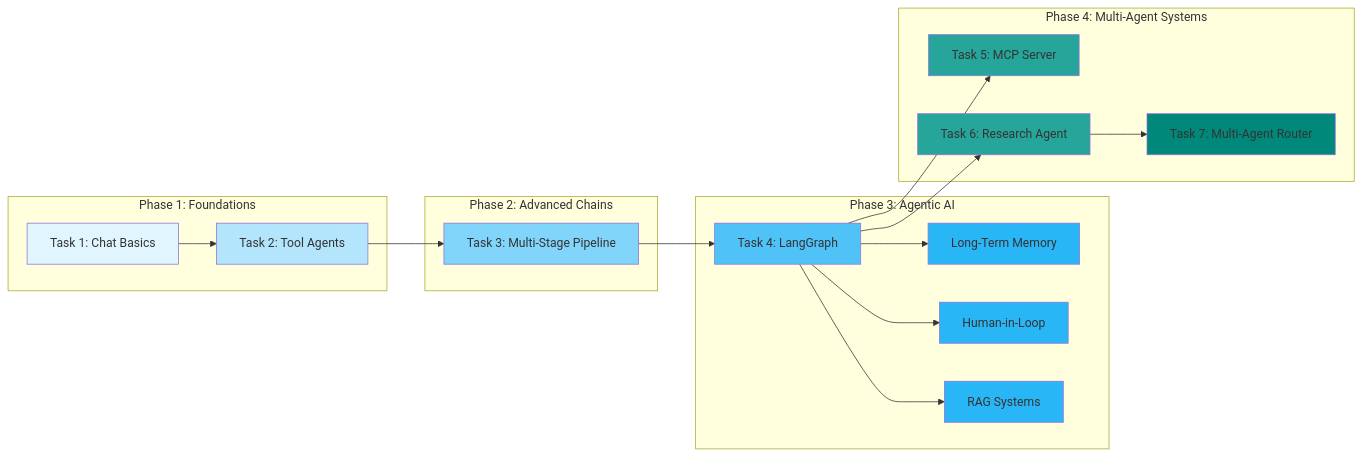
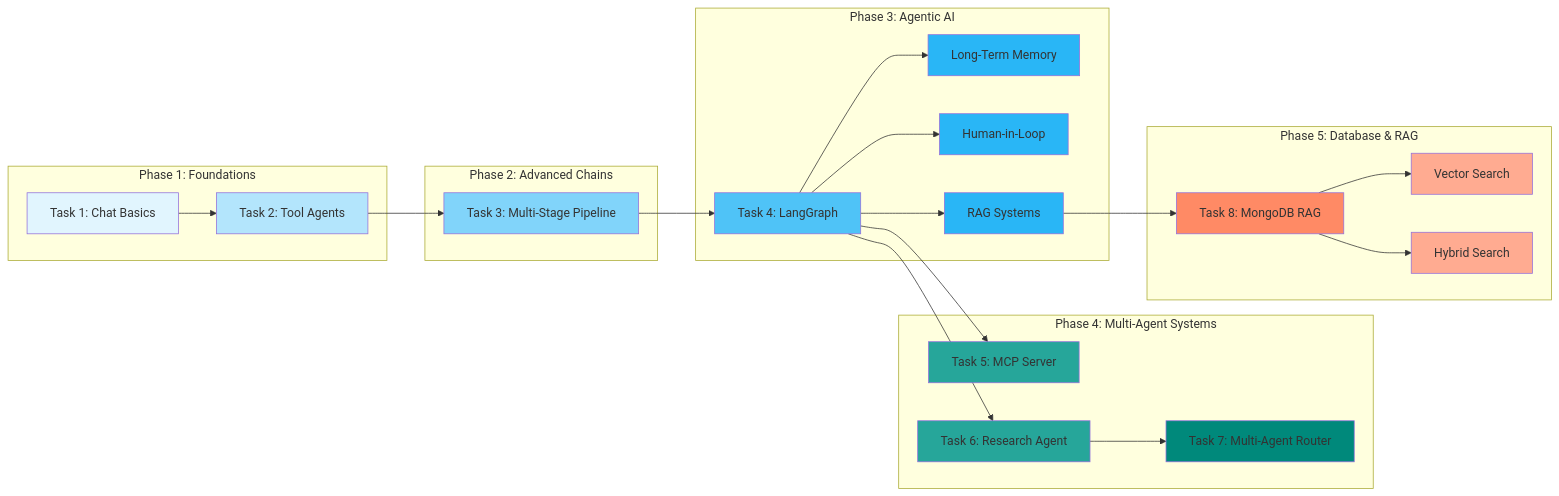
One commit to Aafimalek/learning changed the first of 53 diagrams in README.md. Above: the diagram before and after it, drawn with Mermaid. The commit also changed other lines of this file and 2 other files, not shown here.

Commit message:
added mongodb as vector db implementation

````diff
--- a/README.md
+++ b/README.md
@@ -53,34 +56,43 @@
 ```mermaid
 graph LR
     subgraph "Phase 1: Foundations"
         A[Task 1: Chat Basics] --> B[Task 2: Tool Agents]
     end
     
     subgraph "Phase 2: Advanced Chains"
         B --> C[Task 3: Multi-Stage Pipeline]
     end
     
     subgraph "Phase 3: Agentic AI"
         C --> D[Task 4: LangGraph]
         D --> E[Long-Term Memory]
         D --> F[Human-in-Loop]
         D --> G[RAG Systems]
     end
     
     subgraph "Phase 4: Multi-Agent Systems"
         D --> H[Task 5: MCP Server]
         D --> I[Task 6: Research Agent]
         I --> J[Task 7: Multi-Agent Router]
     end
     
+    subgraph "Phase 5: Database & RAG"
+        G --> K[Task 8: MongoDB RAG]
+        K --> L[Vector Search]
+        K --> M[Hybrid Search]
+    end
+    
     style A fill:#e1f5fe
     style B fill:#b3e5fc
     style C fill:#81d4fa
     style D fill:#4fc3f7
     style E fill:#29b6f6
     style F fill:#29b6f6
     style G fill:#29b6f6
     style H fill:#26a69a
     style I fill:#26a69a
     style J fill:#00897b
+    style K fill:#ff8a65
+    style L fill:#ffab91
+    style M fill:#ffab91
 ```
````
